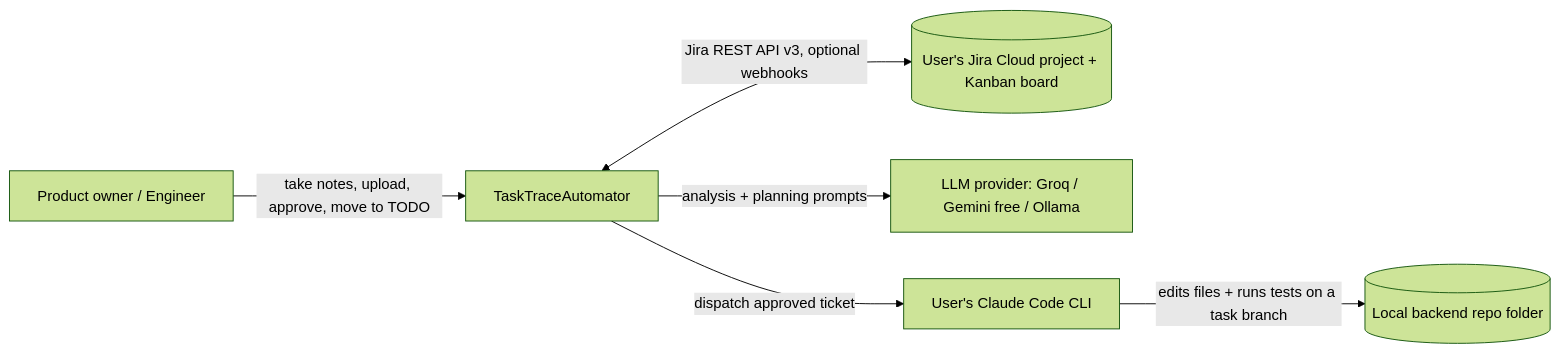
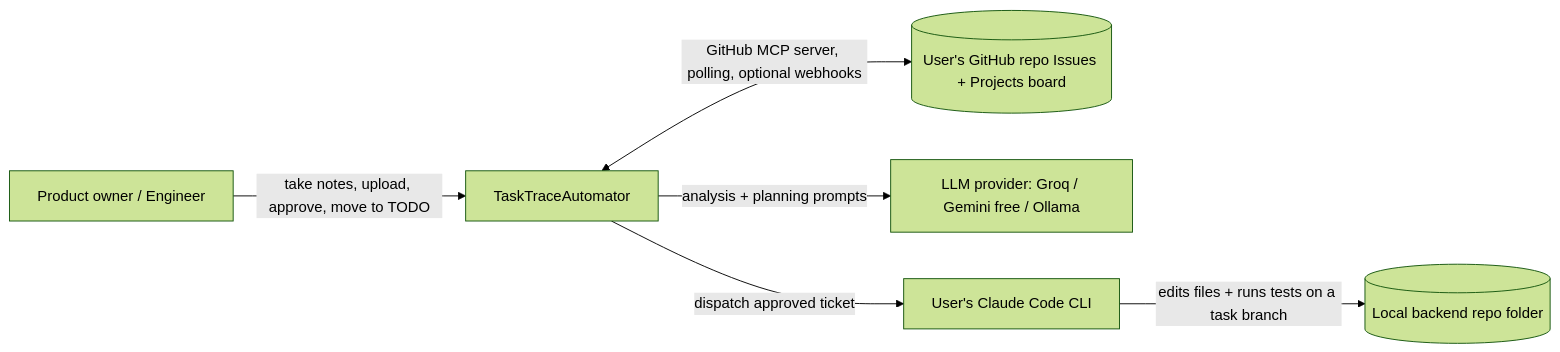
The first of 5 diagrams in docs/architecture/task_trace_automator_architecture.md (yasmin-poc-works/tasktraceautomator), drawn with Mermaid (forest theme) before and after one commit. The commit also changed other lines of this file and 13 other files, not shown here.

Commit message:
Updated the architecture.

````diff
--- a/docs/architecture/task_trace_automator_architecture.md
+++ b/docs/architecture/task_trace_automator_architecture.md
@@ -35,15 +35,15 @@
 ```mermaid
 flowchart LR
     User[Product owner / Engineer]
     TTA[TaskTraceAutomator]
-    JIRA[(User's Jira Cloud project + Kanban board)]
+    GH[(User's GitHub repo Issues + Projects board)]
     REPO[(Local backend repo folder)]
     LLM[LLM provider: Groq / Gemini free / Ollama]
     CC[User's Claude Code CLI]
 
     User -->|take notes, upload, approve, move to TODO| TTA
-    TTA <-->|Jira REST API v3, optional webhooks| JIRA
+    TTA <-->|GitHub MCP server, polling, optional webhooks| GH
     TTA -->|analysis + planning prompts| LLM
     TTA -->|dispatch approved ticket| CC
     CC -->|edits files + runs tests on a task branch| REPO
 ```
````
